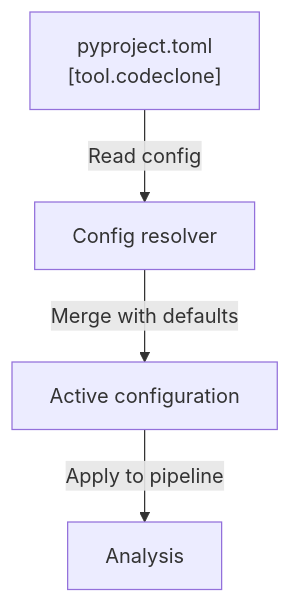
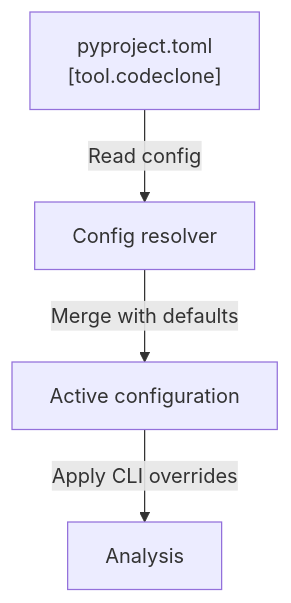
One commit to orenlab/codeclone changed the diagram in docs/reference/configuration.md. Above: the diagram before and after it, drawn with Mermaid. The commit also changed other lines of this file and 3 other files, not shown here.

````diff
--- a/docs/reference/configuration.md
+++ b/docs/reference/configuration.md
@@ -118,6 +338,6 @@
 ```mermaid
 graph TD
     A["pyproject.toml<br/>[tool.codeclone]"] -->|Read config| B["Config resolver"]
     B -->|Merge with defaults| C["Active configuration"]
-    C -->|Apply to pipeline| D["Analysis"]
+    C -->|Apply CLI overrides| D["Analysis"]
 ```
````
